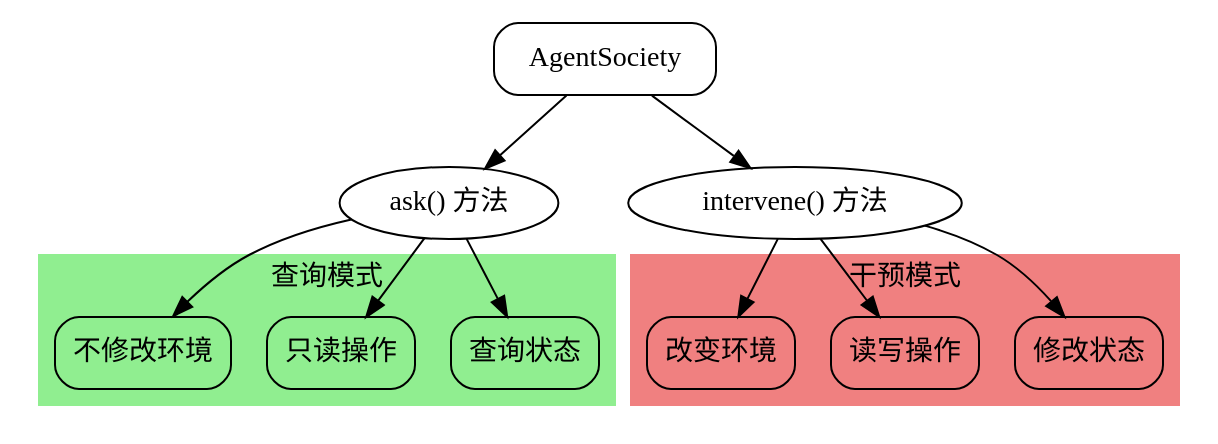
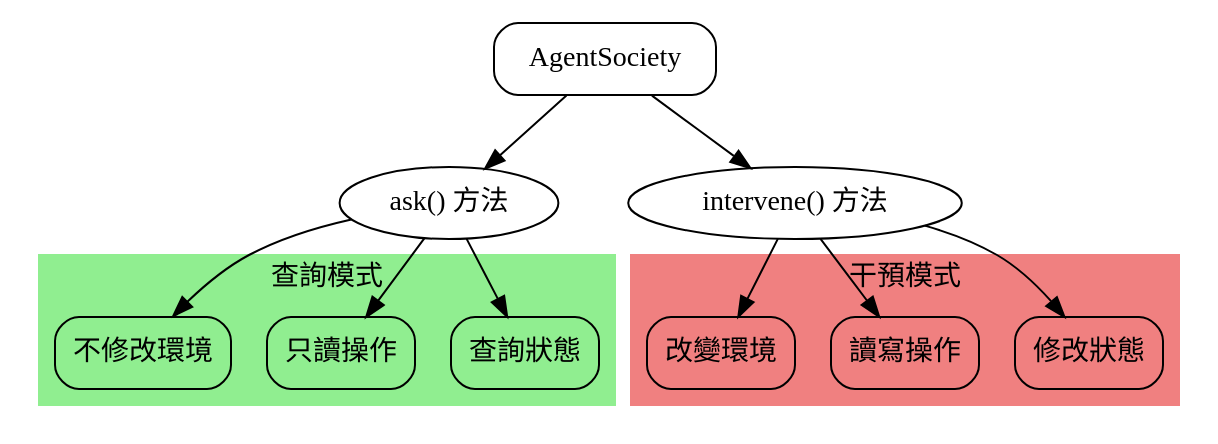
The diagram in agentsociety/packages/agentsociety2/docs/interaction.rst (HandsomeGod0516/HellowGodWorld), drawn with Graphviz before and after one commit. The commit also changed other lines of this file and 654 other files, not shown here.

```diff
--- a/agentsociety/packages/agentsociety2/docs/interaction.rst
+++ b/agentsociety/packages/agentsociety2/docs/interaction.rst
@@ -22,37 +22,37 @@
 .. graphviz::
 
    digraph interaction_modes {
        rankdir=TB;
        node [shape=box, style=rounded];
 
        Society [label="AgentSociety"];
        Ask [label="ask() 方法", shape=ellipse];
        Intervene [label="intervene() 方法", shape=ellipse];
 
        subgraph cluster_ask {
-           label = "查询模式";
+           label = "查詢模式";
            style=filled;
            color=lightgreen;
-           Query [label="查询状态"];
-           Read [label="只读操作"];
-           NoModify [label="不修改环境"];
+           Query [label="查詢狀態"];
+           Read [label="只讀操作"];
+           NoModify [label="不修改環境"];
        }
 
        subgraph cluster_intervene {
-           label = "干预模式";
+           label = "干預模式";
            style=filled;
            color=lightcoral;
-           Modify [label="修改状态"];
-           Write [label="读写操作"];
-           Change [label="改变环境"];
+           Modify [label="修改狀態"];
+           Write [label="讀寫操作"];
+           Change [label="改變環境"];
        }
 
        Society -> Ask;
        Society -> Intervene;
        Ask -> Query;
        Ask -> Read;
        Ask -> NoModify;
        Intervene -> Modify;
        Intervene -> Write;
        Intervene -> Change;
    }
```
